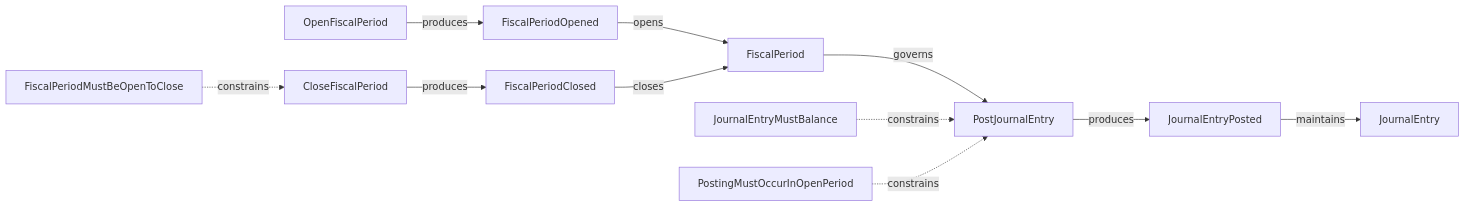
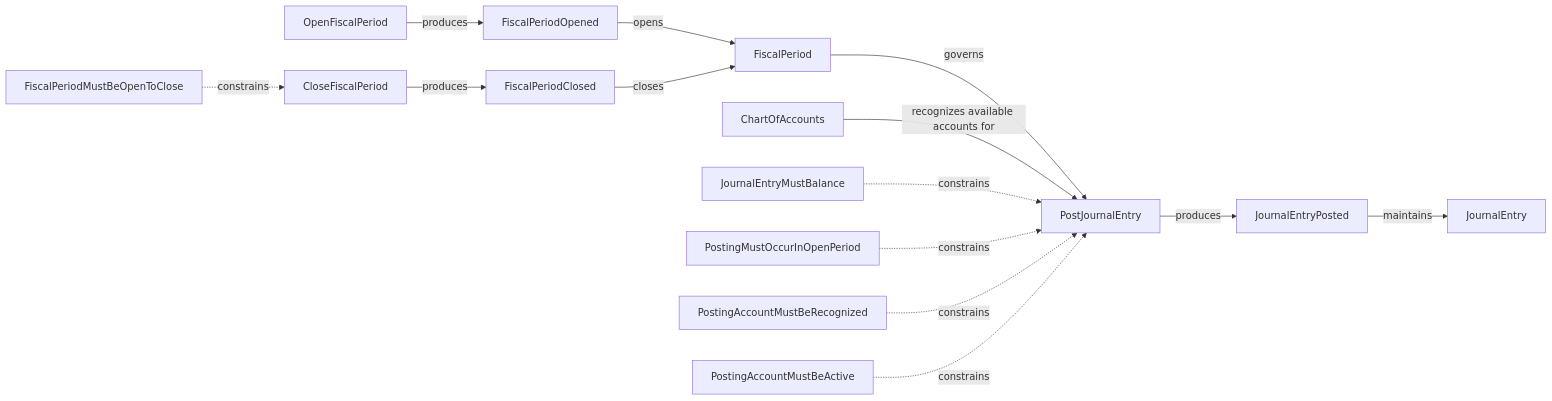
Before and after one commit to runemalm/acc-dotnet: the diagram in src/ACC.Ledger/README.md, drawn with Mermaid. The commit also changed other lines of this file and 126 other files, not shown here.

Commit message:
Build out chart of accounts module.

````diff
--- a/src/ACC.Ledger/README.md
+++ b/src/ACC.Ledger/README.md
@@ -11,31 +11,37 @@
 ```mermaid
 flowchart LR
 
     PostJournalEntry["PostJournalEntry"]
     OpenFiscalPeriod["OpenFiscalPeriod"]
     CloseFiscalPeriod["CloseFiscalPeriod"]
     JournalEntryPosted["JournalEntryPosted"]
     FiscalPeriodOpened["FiscalPeriodOpened"]
     FiscalPeriodClosed["FiscalPeriodClosed"]
 
     JournalEntry["JournalEntry"]
     FiscalPeriod["FiscalPeriod"]
+    ChartOfAccounts["ChartOfAccounts"]
 
     JournalEntryMustBalance["JournalEntryMustBalance"]
     PostingMustOccurInOpenPeriod["PostingMustOccurInOpenPeriod"]
+    PostingAccountMustBeRecognized["PostingAccountMustBeRecognized"]
+    PostingAccountMustBeActive["PostingAccountMustBeActive"]
     FiscalPeriodMustBeOpenToClose["FiscalPeriodMustBeOpenToClose"]
 
     PostJournalEntry -->|produces| JournalEntryPosted
     OpenFiscalPeriod -->|produces| FiscalPeriodOpened
     CloseFiscalPeriod -->|produces| FiscalPeriodClosed
 
     JournalEntryPosted -->|maintains| JournalEntry
     FiscalPeriodOpened -->|opens| FiscalPeriod
     FiscalPeriodClosed -->|closes| FiscalPeriod
 
     FiscalPeriod -->|governs| PostJournalEntry
+    ChartOfAccounts -->|recognizes available accounts for| PostJournalEntry
 
     JournalEntryMustBalance -. constrains .-> PostJournalEntry
     PostingMustOccurInOpenPeriod -. constrains .-> PostJournalEntry
+    PostingAccountMustBeRecognized -. constrains .-> PostJournalEntry
+    PostingAccountMustBeActive -. constrains .-> PostJournalEntry
     FiscalPeriodMustBeOpenToClose -. constrains .-> CloseFiscalPeriod
 ```
````
